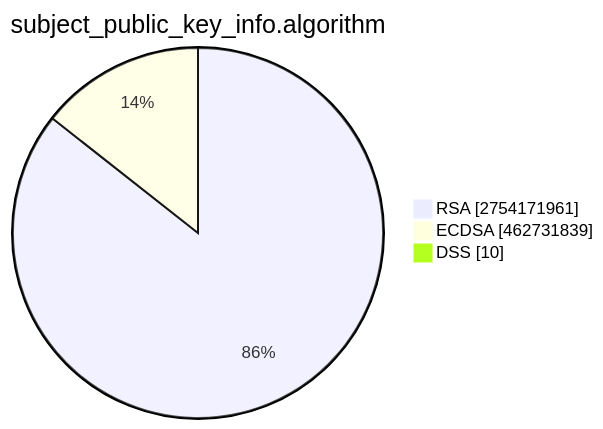
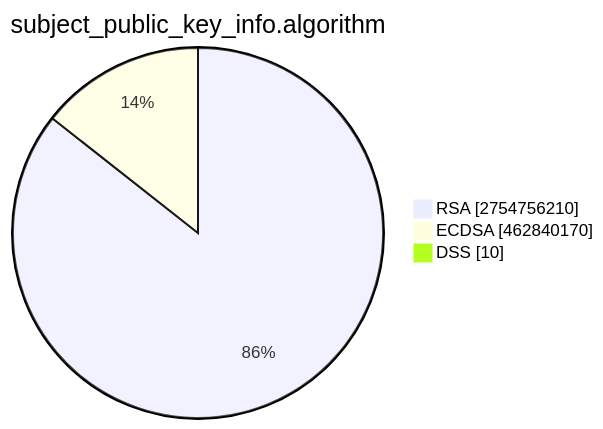
The second of 15 diagrams in TOTAL/README.md (christiankrug/ctmonitor_visualization), drawn with Mermaid before and after one commit. The commit also changed other lines of this file, not shown here.

````diff
--- a/TOTAL/README.md
+++ b/TOTAL/README.md
@@ -6,7 +6,7 @@
 ```mermaid
 pie showData
 title subject_public_key_info.algorithm
-"RSA" :2754171961
-"ECDSA" :462731839
+"RSA" :2754756210
+"ECDSA" :462840170
 "DSS" :10
 ```
````
